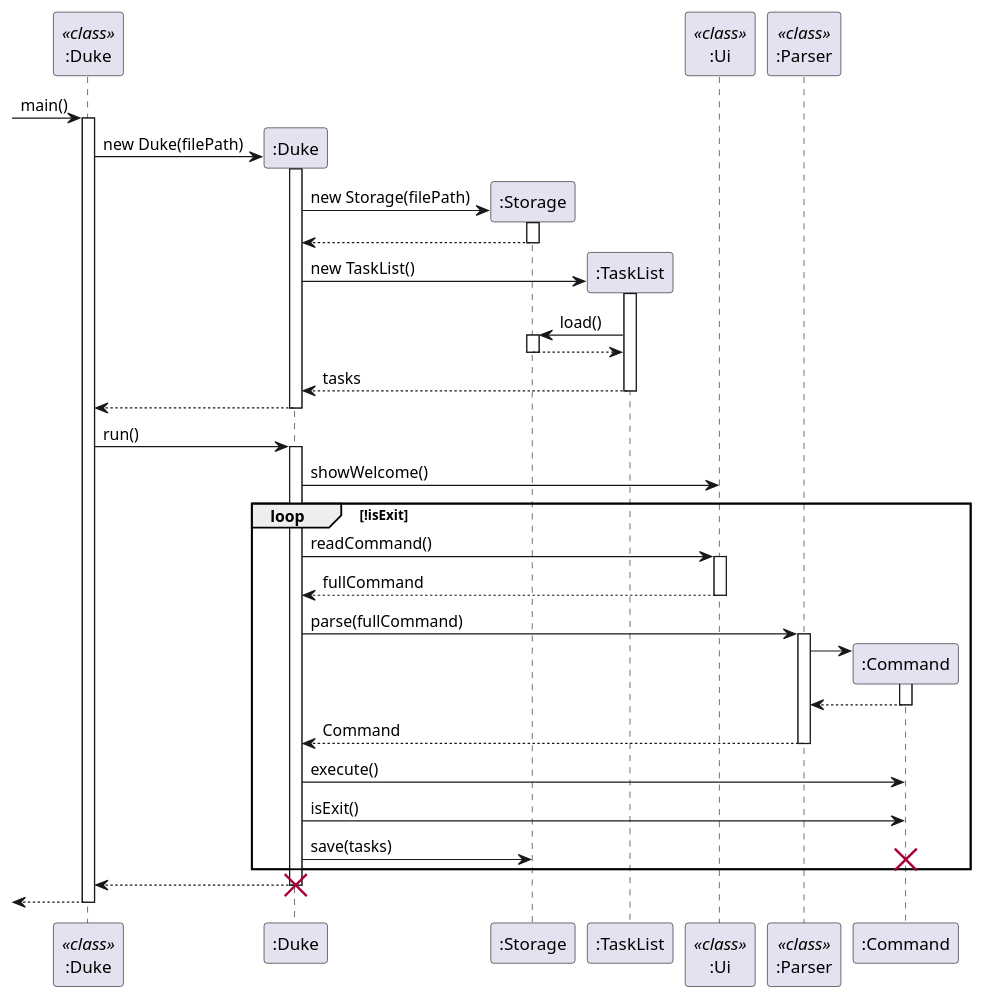
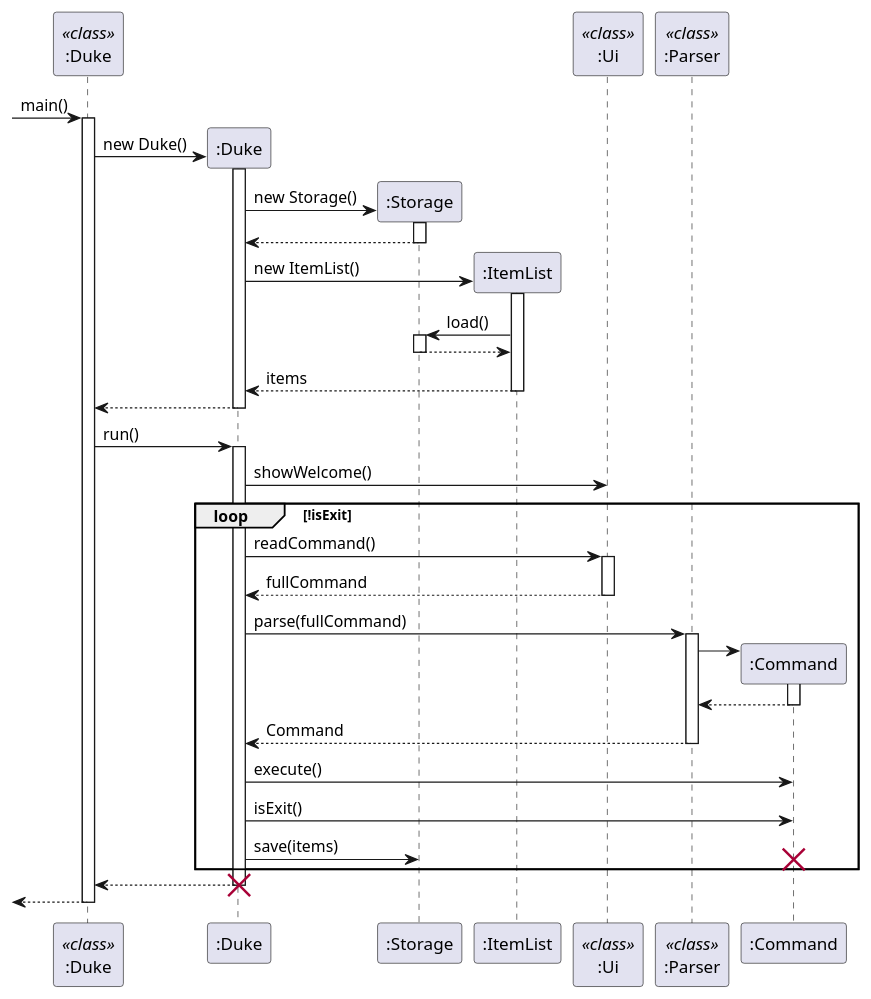
One commit to yh-ng/tp changed the diagram in docs/diagrams/DukeSequenceDiagram.puml. Above: the diagram before and after it, drawn with PlantUML. The commit also changed 1 other file, not shown here.

Commit message:
Update DukeSequenceDiagram

```diff
--- a/docs/diagrams/DukeSequenceDiagram.puml
+++ b/docs/diagrams/DukeSequenceDiagram.puml
@@ -1,87 +1,87 @@
 @startuml
 participant ":Duke" as DukeClass <<class>>
 participant ":Duke" as Duke
 participant ":Storage" as Storage
-participant ":TaskList" as TaskList
+participant ":ItemList" as ItemList
 participant ":Ui" as Ui <<class>>
 participant ":Parser" as Parser <<class>>
 participant ":Command" as Command
 
 -> DukeClass : main()
 activate DukeClass
 
 create Duke
-DukeClass -> Duke: new Duke(filePath)
+DukeClass -> Duke: new Duke()
 activate Duke
 
 create Storage
-Duke -> Storage : new Storage(filePath)
+Duke -> Storage : new Storage()
 activate Storage
 
 Duke <-- Storage
 deactivate Storage
 
-create TaskList
-Duke -> TaskList : new TaskList()
-activate TaskList
+create ItemList
+Duke -> ItemList : new ItemList()
+activate ItemList
 
-Storage <- TaskList : load()
+Storage <- ItemList : load()
 activate Storage
 
-Storage --> TaskList
+Storage --> ItemList
 deactivate Storage
 
-Duke <-- TaskList : tasks
-deactivate TaskList
+Duke <-- ItemList : items
+deactivate ItemList
 
 DukeClass <-- Duke
 deactivate Duke
 
 DukeClass -> Duke : run()
 activate Duke
 
 'Duke runs
 
 Duke -> Ui : showWelcome()
 
 loop !isExit
 
 Duke -> Ui : readCommand()
 activate Ui
 
 Duke <-- Ui : fullCommand
 deactivate Ui
 
 Duke -> Parser : parse(fullCommand)
 activate Parser
 
 create Command
 Parser -> Command
 activate Command
 
 Parser <-- Command
 deactivate Command
 
 Duke <-- Parser : Command
 deactivate Parser
 
 Duke -> Command : execute()
 
 Duke -> Command : isExit()
 
-Duke -> Storage : save(tasks)
+Duke -> Storage : save(items)
 
 destroy Command
 
 end
 
 'Duke stops
 
 DukeClass <-- Duke
 deactivate Duke
 
 destroy Duke
 
 <-- DukeClass
 deactivate DukeClass
 @enduml
```
